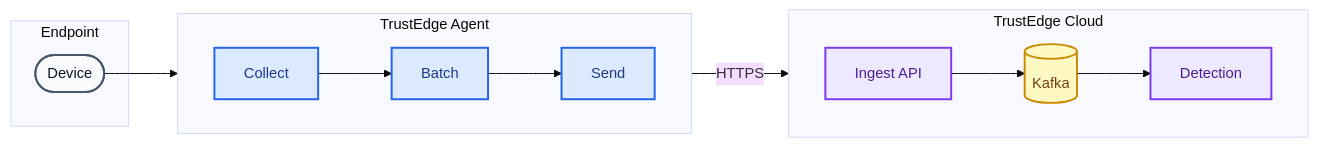
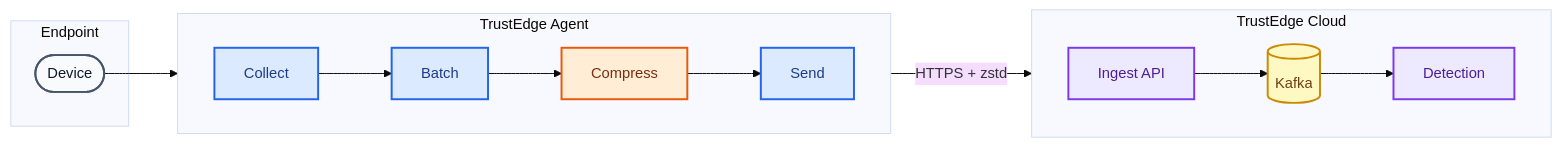
The first of 3 diagrams in docs/architecture.md (TrustEdgeOrg/TrustEdge-Agent), drawn with Mermaid before and after one commit. The commit also changed other lines of this file and 2 other files, not shown here.

Commit message:
Add zstd compression step to documentation flow diagrams.
Show Compress between Batch and Send in README and architecture docs, with matching stage table entries.

````diff
--- a/docs/architecture.md
+++ b/docs/architecture.md
@@ -14,30 +14,32 @@
 ```mermaid
 %%{init: {'theme': 'base', 'themeVariables': {'fontSize': '15px', 'fontFamily': 'arial'}}}%%
 flowchart LR
     subgraph EP ["Endpoint"]
         DEV(["Device"])
     end
 
     subgraph AG ["TrustEdge Agent"]
         direction LR
-        COL["Collect"] --> BAT["Batch"] --> SND["Send"]
+        COL["Collect"] --> BAT["Batch"] --> ZIP["Compress"] --> SND["Send"]
     end
 
     subgraph CL ["TrustEdge Cloud"]
         direction LR
         API["Ingest API"] --> KFK[("Kafka")] --> DET["Detection"]
     end
 
     DEV --> COL
-    SND -->|HTTPS| API
+    SND -->|HTTPS + zstd| API
 
     classDef endpoint fill:#F8FAFC,stroke:#475569,stroke-width:2px,color:#0F172A
     classDef agent fill:#DBEAFE,stroke:#2563EB,stroke-width:2px,color:#1E3A8A
     classDef cloud fill:#EDE9FE,stroke:#7C3AED,stroke-width:2px,color:#4C1D95
     classDef stream fill:#FEF9C3,stroke:#CA8A04,stroke-width:2px,color:#713F12
+    classDef compress fill:#FFEDD5,stroke:#EA580C,stroke-width:2px,color:#7C2D12
 
     class DEV endpoint
     class COL,BAT,SND agent
+    class ZIP compress
     class API,DET cloud
     class KFK stream
 ```
````
